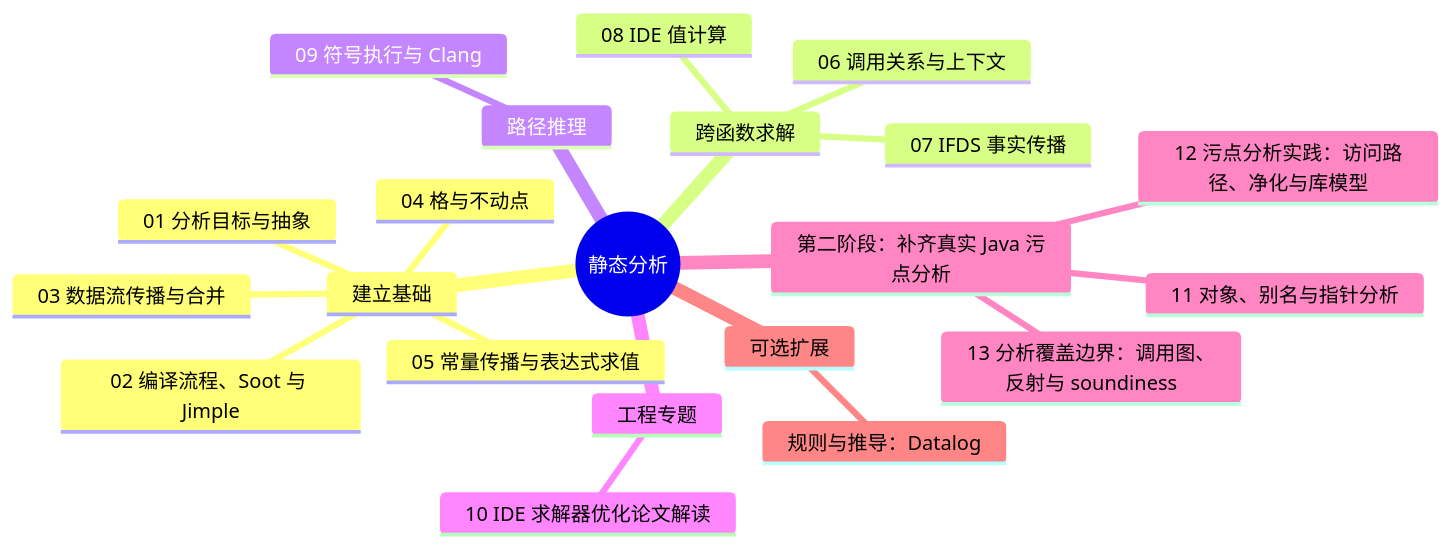
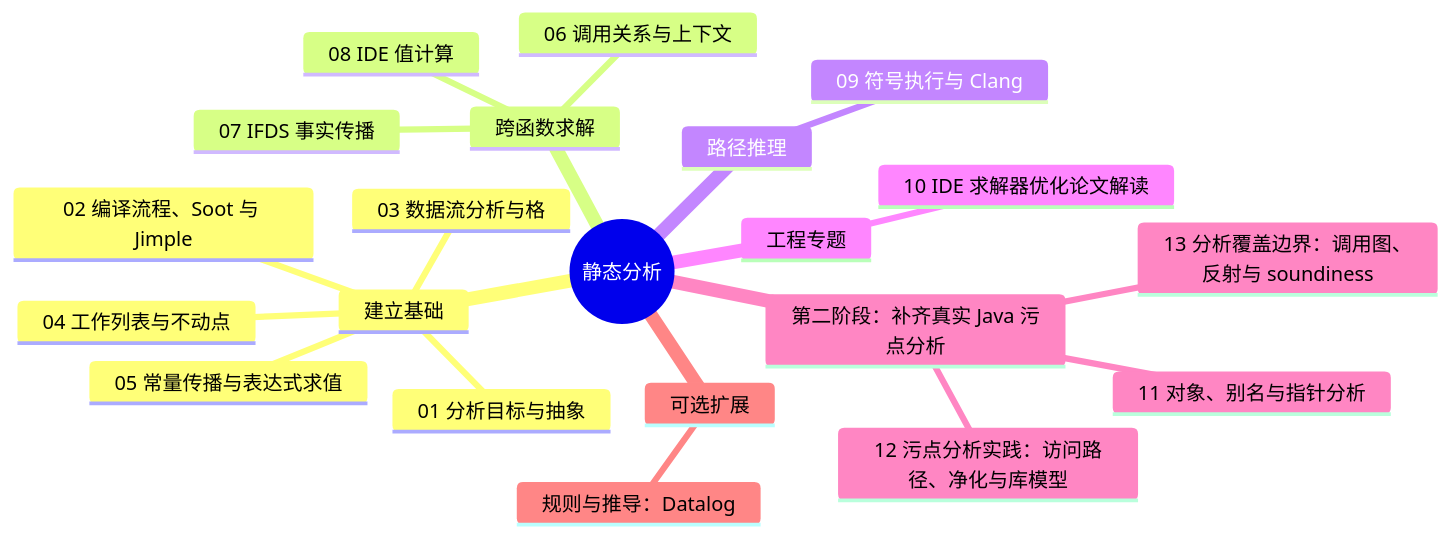
The first of 2 diagrams in notes/static-analysis/静态分析系列规划.md (Scrates1/Scrates1.github.io), drawn with Mermaid before and after one commit. The commit also changed other lines of this file and 19 other files, not shown here.

First line of the commit message:
静态分析系列：03/04 重组为「数据流分析与格」「工作列表与不动点」，同步总览、术语表与依赖图

````diff
--- a/notes/static-analysis/静态分析系列规划.md
+++ b/notes/static-analysis/静态分析系列规划.md
@@ -11,24 +13,24 @@
 ```mermaid
 mindmap
   root((静态分析))
     建立基础
       01 分析目标与抽象
       02 编译流程、Soot 与 Jimple
-      03 数据流传播与合并
-      04 格与不动点
+      03 数据流分析与格
+      04 工作列表与不动点
       05 常量传播与表达式求值
     跨函数求解
       06 调用关系与上下文
       07 IFDS 事实传播
       08 IDE 值计算
     路径推理
       09 符号执行与 Clang
     工程专题
       10 IDE 求解器优化论文解读
     第二阶段：补齐真实 Java 污点分析
       11 对象、别名与指针分析
       12 污点分析实践：访问路径、净化与库模型
       13 分析覆盖边界：调用图、反射与 soundiness
     可选扩展
       规则与推导：Datalog
 ```
````
